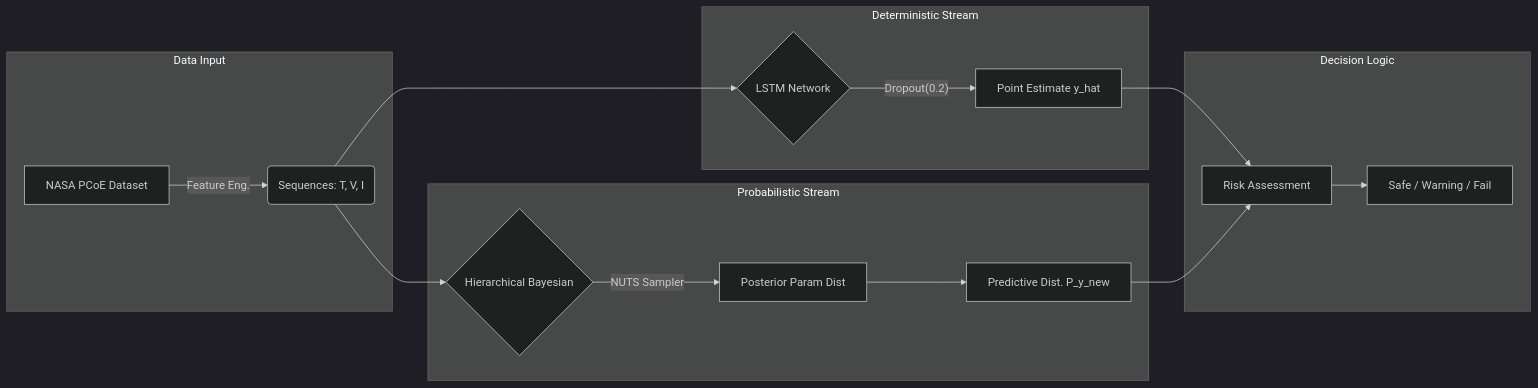
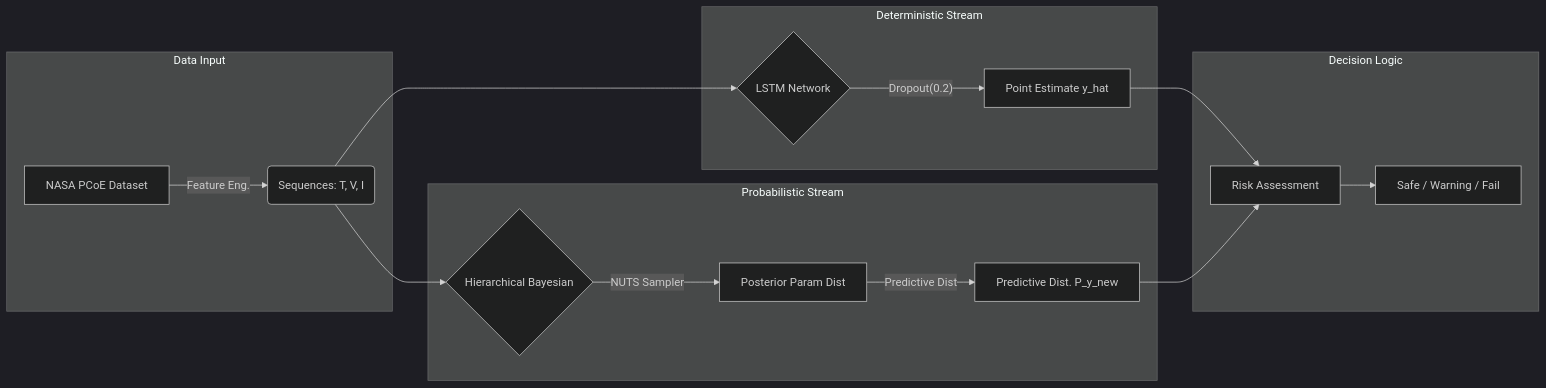
Before and after one commit to Zhi-Chao-PAN/safety-critical-battery-prognostics: the diagram in README.md, drawn with Mermaid (dark theme). The commit also changed other lines of this file, not shown here.

Commit message:
FIX: Sanitize Mermaid syntax again and fix typo

````diff
--- a/README.md
+++ b/README.md
@@ -38,23 +38,23 @@
 ```mermaid
 graph LR
     subgraph Data Input
-    A[NASA PCoE Dataset] -->|Feature Eng.| B(Sequences: T, V, I)
+    A[NASA PCoE Dataset] -- "Feature Eng." --> B(Sequences: T, V, I)
     end
 
     subgraph Deterministic Stream
     B --> C{LSTM Network}
-    C -->|"Dropout(0.2)"| D[Point Estimate y_hat]
+    C -- "Dropout(0.2)" --> D[Point Estimate y_hat]
     end
 
     subgraph Probabilistic Stream
     B --> E{Hierarchical Bayesian}
-    E -->|NUTS Sampler| F[Posterior Param Dist]
-    F --> G[Predictive Dist. P_y_new]
+    E -- "NUTS Sampler" --> F[Posterior Param Dist]
+    F -- "Predictive Dist" --> G[Predictive Dist. P_y_new]
     end
 
     subgraph Decision Logic
     D --> H[Risk Assessment]
     G --> H
     H --> I[Safe / Warning / Fail]
     end
 ```
````
